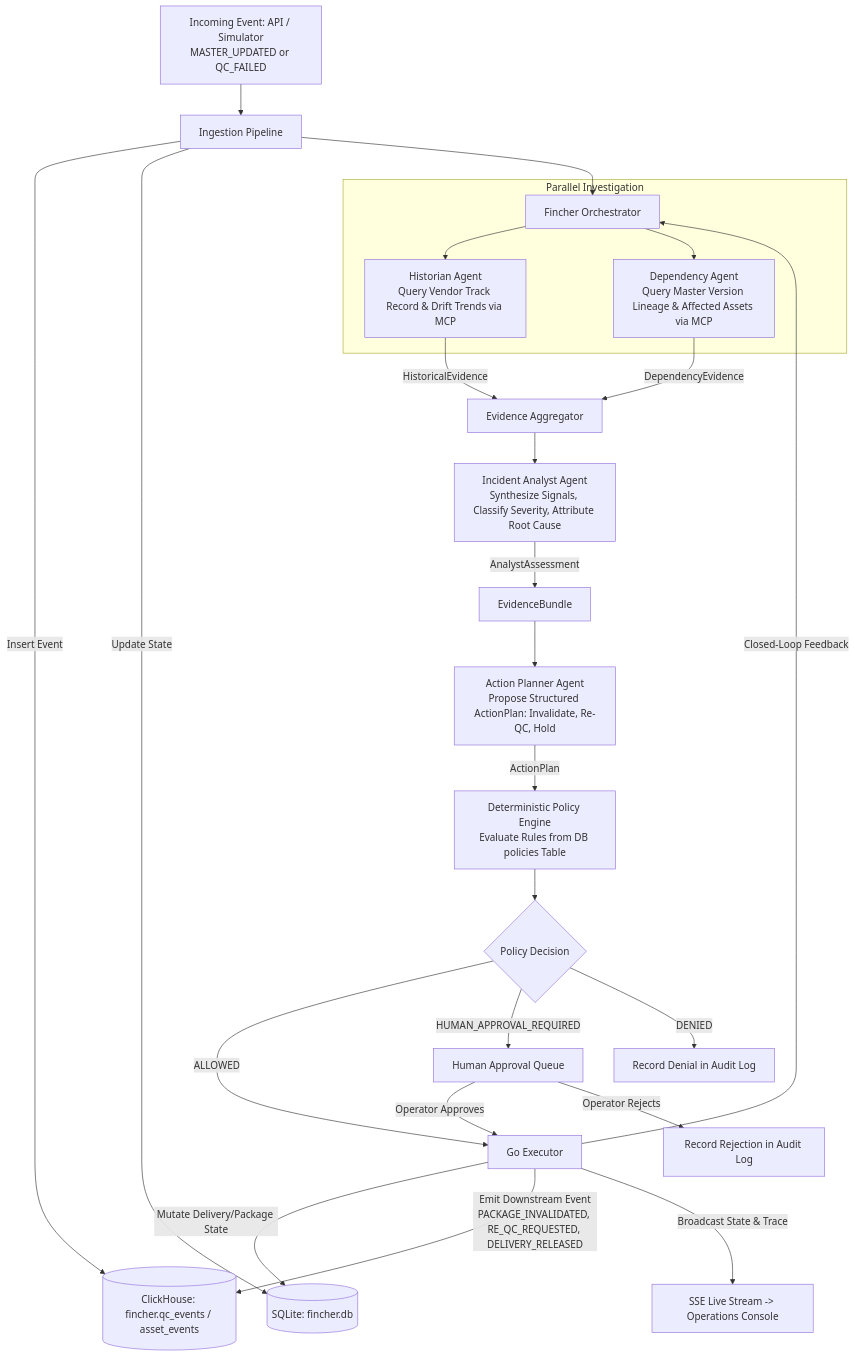
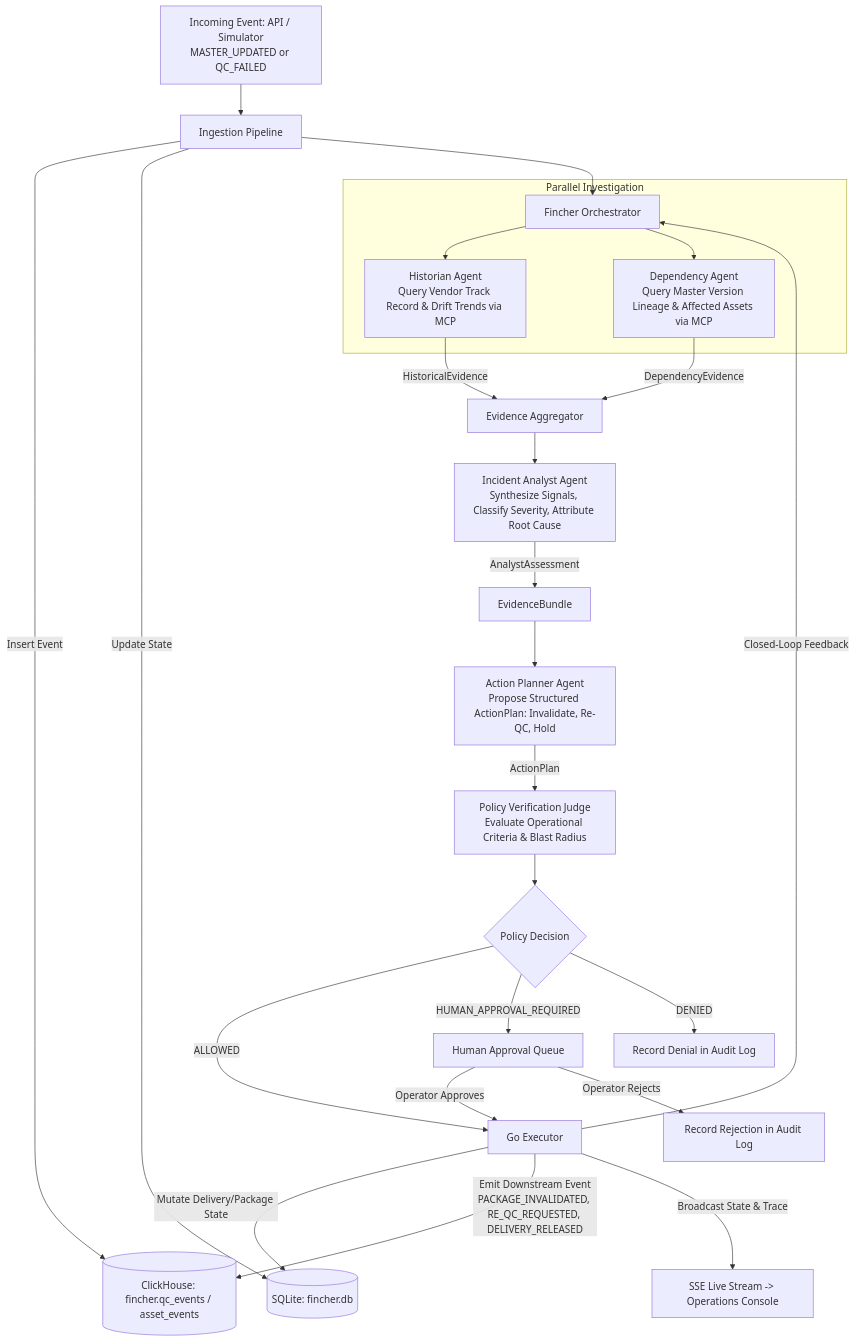
One commit to elliot14A/fincher changed the first of 2 diagrams in .agents/workflows/engine-loop.md. Above: the diagram before and after it, drawn with Mermaid. The commit also changed 12 other files, not shown here.

````diff
--- a/.agents/workflows/engine-loop.md
+++ b/.agents/workflows/engine-loop.md
@@ -9,36 +9,36 @@
 ```mermaid
 flowchart TD
     EV[Incoming Event: API / Simulator<br/>MASTER_UPDATED or QC_FAILED] --> ING[Ingestion Pipeline]
     ING -->|Insert Event| CH[(ClickHouse: fincher.qc_events / asset_events)]
     ING -->|Update State| SQ[(SQLite: fincher.db)]
     ING --> ORCH[Fincher Orchestrator]
 
     subgraph Parallel Investigation
         ORCH --> HIST[Historian Agent<br/>Query Vendor Track Record & Drift Trends via MCP]
         ORCH --> DEP[Dependency Agent<br/>Query Master Version Lineage & Affected Assets via MCP]
     end
 
     HIST -->|HistoricalEvidence| MERGE[Evidence Aggregator]
     DEP -->|DependencyEvidence| MERGE
 
     MERGE --> ANALYST[Incident Analyst Agent<br/>Synthesize Signals, Classify Severity, Attribute Root Cause]
     ANALYST -->|AnalystAssessment| BUNDLE[EvidenceBundle]
 
     BUNDLE --> PLANNER[Action Planner Agent<br/>Propose Structured ActionPlan: Invalidate, Re-QC, Hold]
-    PLANNER -->|ActionPlan| POL[Deterministic Policy Engine<br/>Evaluate Rules from DB policies Table]
+    PLANNER -->|ActionPlan| POL[Policy Verification Judge<br/>Evaluate Operational Criteria & Blast Radius]
 
     POL --> DEC{Policy Decision}
     
     DEC -->|ALLOWED| EXEC[Go Executor]
     DEC -->|HUMAN_APPROVAL_REQUIRED| APPQ[Human Approval Queue]
     DEC -->|DENIED| AUDIT_DENY[Record Denial in Audit Log]
 
     APPQ -->|Operator Approves| EXEC
     APPQ -->|Operator Rejects| AUDIT_REJ[Record Rejection in Audit Log]
 
     EXEC -->|Mutate Delivery/Package State| SQ
     EXEC -->|Emit Downstream Event<br/>PACKAGE_INVALIDATED, RE_QC_REQUESTED, DELIVERY_RELEASED| CH
     EXEC -->|Broadcast State & Trace| SSE[SSE Live Stream -> Operations Console]
 
     EXEC -->|Closed-Loop Feedback| ORCH
 ```
````
